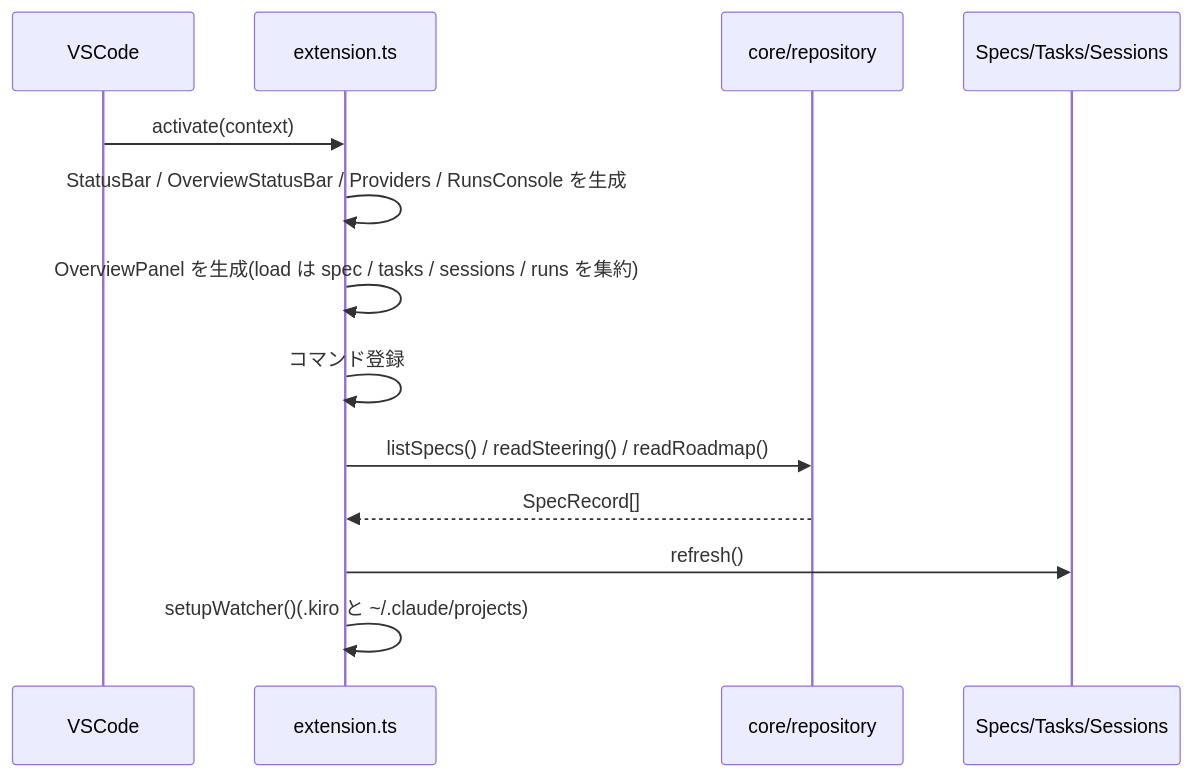
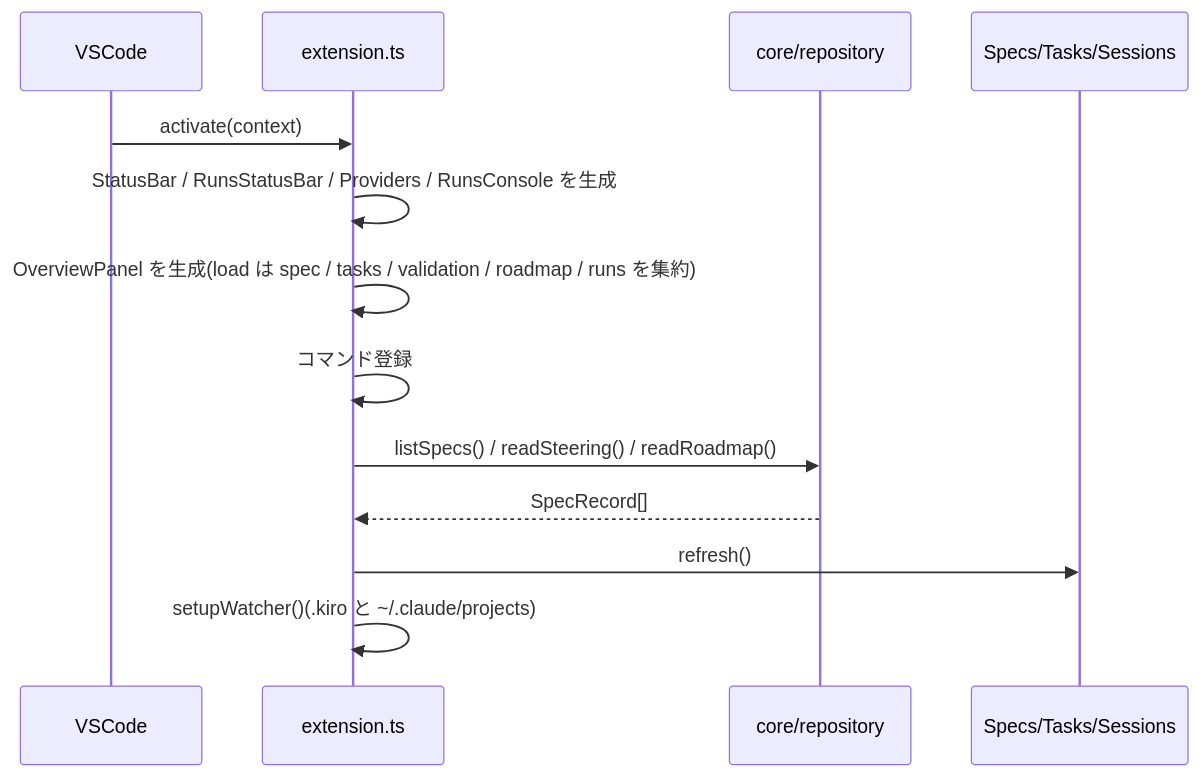
The diagram in docs/01-architecture.md (Tomatio13/cc-sdd-vscode-extension), drawn with Mermaid before and after one commit. The commit also changed other lines of this file and 27 other files, not shown here.

````diff
--- a/docs/01-architecture.md
+++ b/docs/01-architecture.md
@@ -56,15 +57,15 @@
 ```mermaid
 sequenceDiagram
   participant VSCode
   participant Ext as extension.ts
   participant Repo as core/repository
   participant Tree as Specs/Tasks/Sessions
   VSCode->>Ext: activate(context)
-  Ext->>Ext: StatusBar / OverviewStatusBar / Providers / RunsConsole を生成
-  Ext->>Ext: OverviewPanel を生成(load は spec / tasks / sessions / runs を集約)
+  Ext->>Ext: StatusBar / RunsStatusBar / Providers / RunsConsole を生成
+  Ext->>Ext: OverviewPanel を生成(load は spec / tasks / validation / roadmap / runs を集約)
   Ext->>Ext: コマンド登録
   Ext->>Repo: listSpecs() / readSteering() / readRoadmap()
   Repo-->>Ext: SpecRecord[]
   Ext->>Tree: refresh()
   Ext->>Ext: setupWatcher()(.kiro と ~/.claude/projects)
 ```
````
